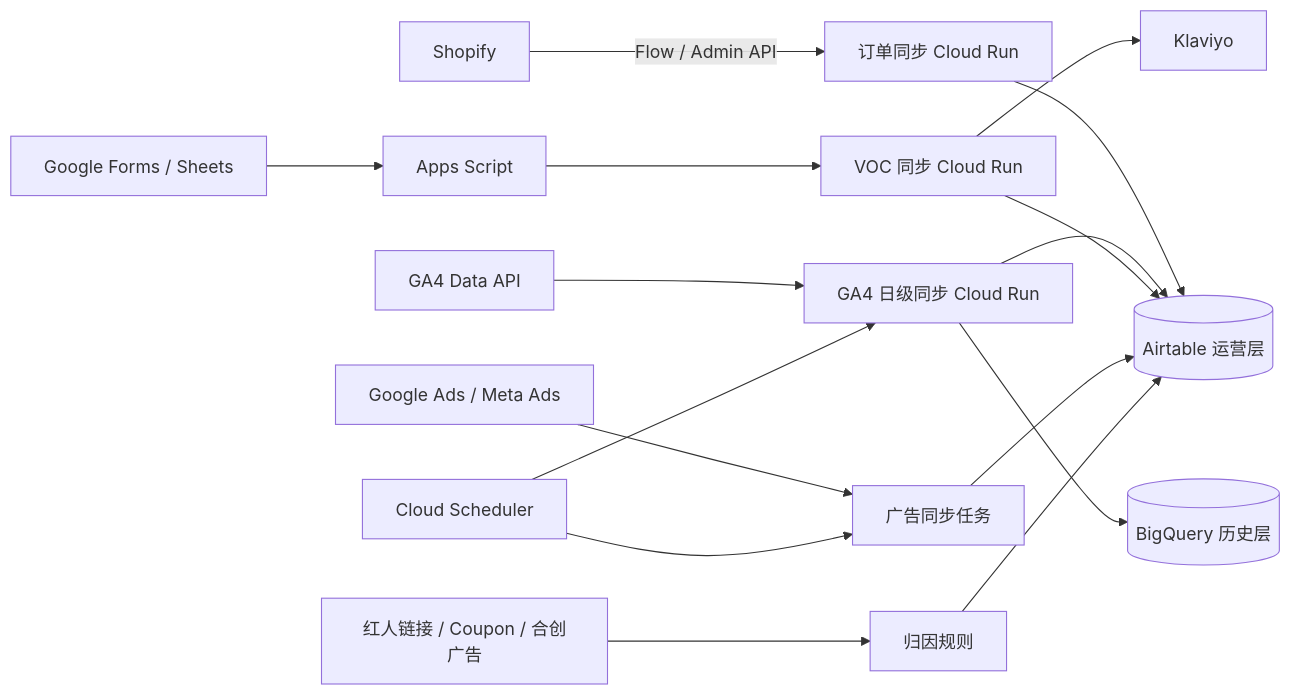
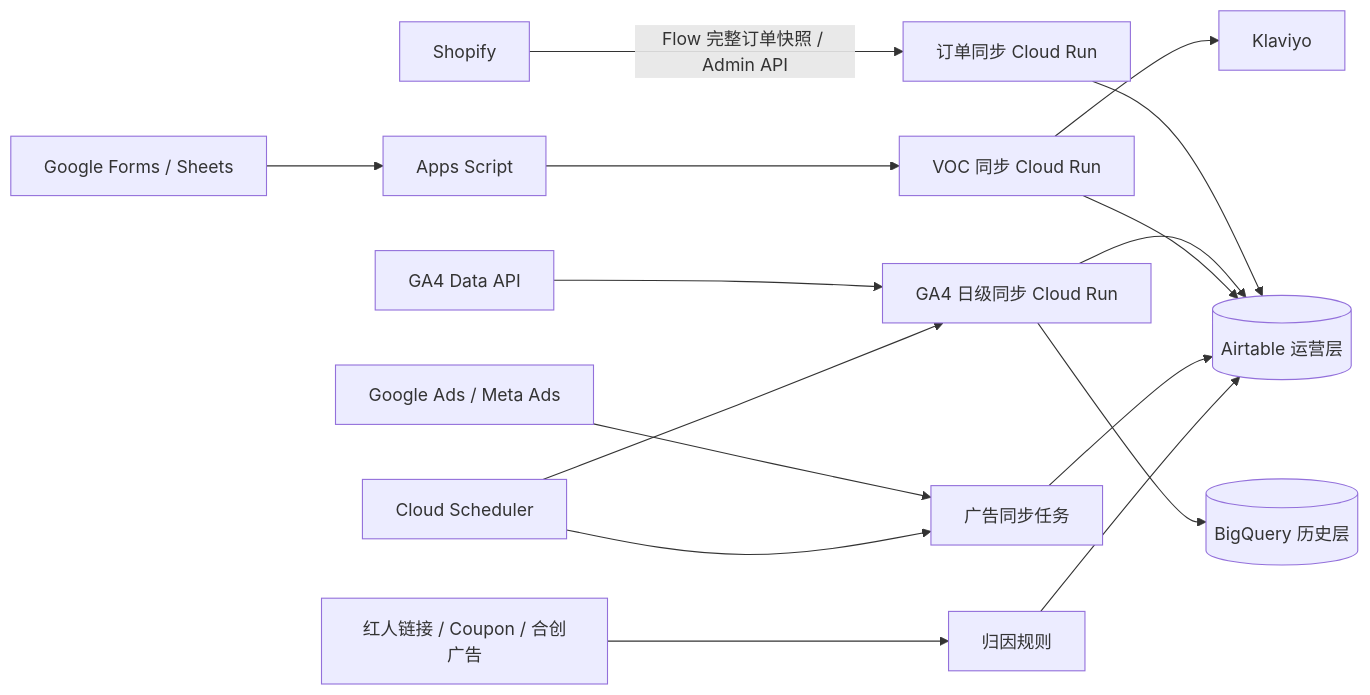
Before and after one commit to vincentwang752-gif/commerce-operations-data-hub-gcp: the diagram in README.zh-CN.md, drawn with Mermaid. The commit also changed other lines of this file and 8 other files, not shown here.

Commit message:
Fix permission-light Shopify Flow order sync

````diff
--- a/README.zh-CN.md
+++ b/README.zh-CN.md
@@ -19,18 +19,18 @@
 ```mermaid
 flowchart LR
-    Shopify[Shopify] -->|Flow / Admin API| OrderSync[订单同步 Cloud Run]
+    Shopify[Shopify] -->|Flow 完整订单快照 / Admin API| OrderSync[订单同步 Cloud Run]
     GA4[GA4 Data API] --> GA4Sync[GA4 日级同步 Cloud Run]
     Forms[Google Forms / Sheets] --> Apps[Apps Script]
     Apps --> VOC[VOC 同步 Cloud Run]
     Ads[Google Ads / Meta Ads] --> AdJobs[广告同步任务]
     Creators[红人链接 / Coupon / 合创广告] --> Attribution[归因规则]
     OrderSync --> Airtable[(Airtable 运营层)]
     GA4Sync --> BigQuery[(BigQuery 历史层)]
     GA4Sync --> Airtable
     VOC --> Airtable
     VOC --> Klaviyo[Klaviyo]
     AdJobs --> Airtable
     Attribution --> Airtable
     Scheduler[Cloud Scheduler] --> GA4Sync
     Scheduler --> AdJobs
 ```
````
